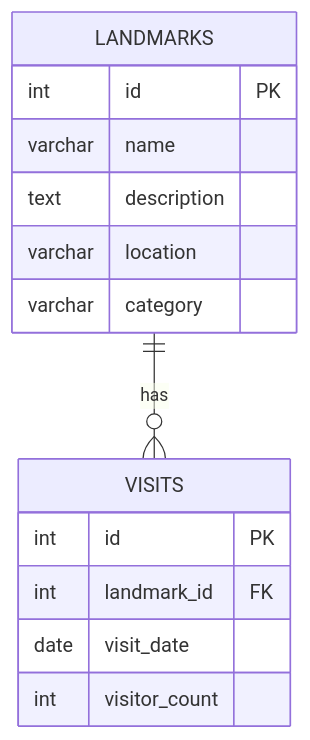
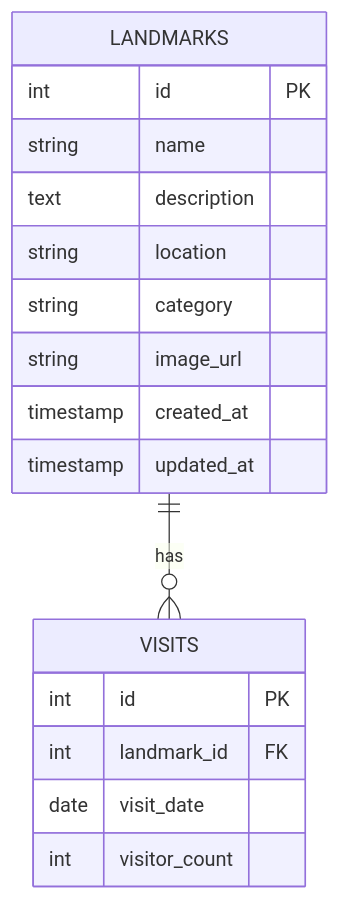
The diagram in docs/ERD.md (mochines20/lipa-tourism-dashboard), drawn with Mermaid before and after one commit. The commit also changed other lines of this file and 19 other files, not shown here.

````diff
--- a/docs/ERD.md
+++ b/docs/ERD.md
@@ -3,17 +5,20 @@
 ```mermaid
 erDiagram
     LANDMARKS ||--o{ VISITS : has
     LANDMARKS {
         int id PK
-        varchar name
+        string name
         text description
-        varchar location
-        varchar category
+        string location
+        string category
+        string image_url
+        timestamp created_at
+        timestamp updated_at
     }
     VISITS {
         int id PK
         int landmark_id FK
         date visit_date
         int visitor_count
     }
 ```
````
